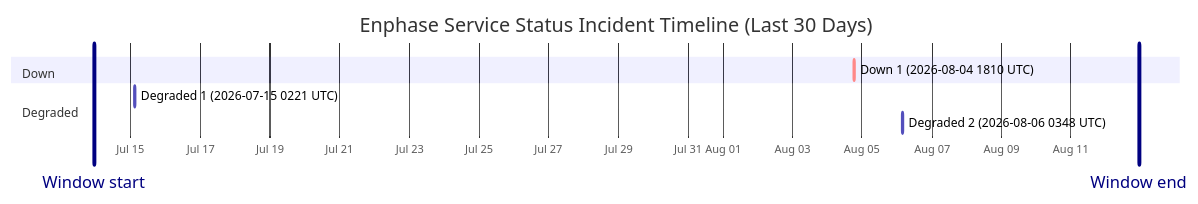
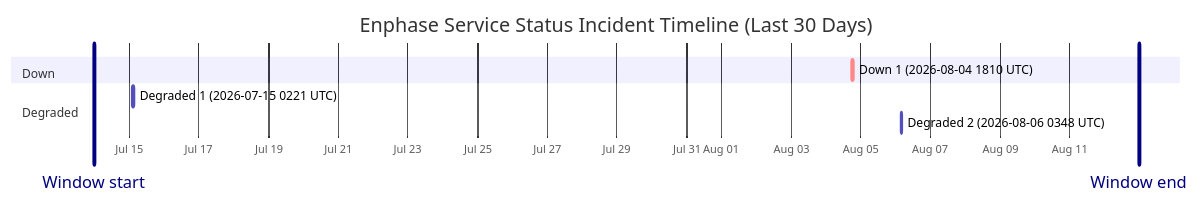
The diagram in wiki/Service-Status-History.md (barneyonline/ha-enphase-energy), drawn with Mermaid before and after one commit. The commit also changed other lines of this file and 3 other files, not shown here.

````diff
--- a/wiki/Service-Status-History.md
+++ b/wiki/Service-Status-History.md
@@ -14,13 +14,13 @@
 ```mermaid
 gantt
     title Enphase Service Status Incident Timeline (Last 30 Days)
     dateFormat  YYYY-MM-DDTHH:mm:ss
     axisFormat  %b %d
-    Window start :vert, window-start, 2026-07-13T22:37:50, 0ms
-    Window end :vert, window-end, 2026-08-12T22:37:50, 0ms
+    Window start :vert, window-start, 2026-07-13T23:38:44, 0ms
+    Window end :vert, window-end, 2026-08-12T23:38:44, 0ms
     section Down
     Down 1 (2026-08-04 1810 UTC) :crit, down-1, 2026-08-04T18:10:46, 60m
     section Degraded
     Degraded 1 (2026-07-15 0221 UTC) :active, degraded-1, 2026-07-15T02:21:35, 60m
     Degraded 2 (2026-08-06 0348 UTC) :active, degraded-2, 2026-08-06T03:48:14, 60m
 ```
````
